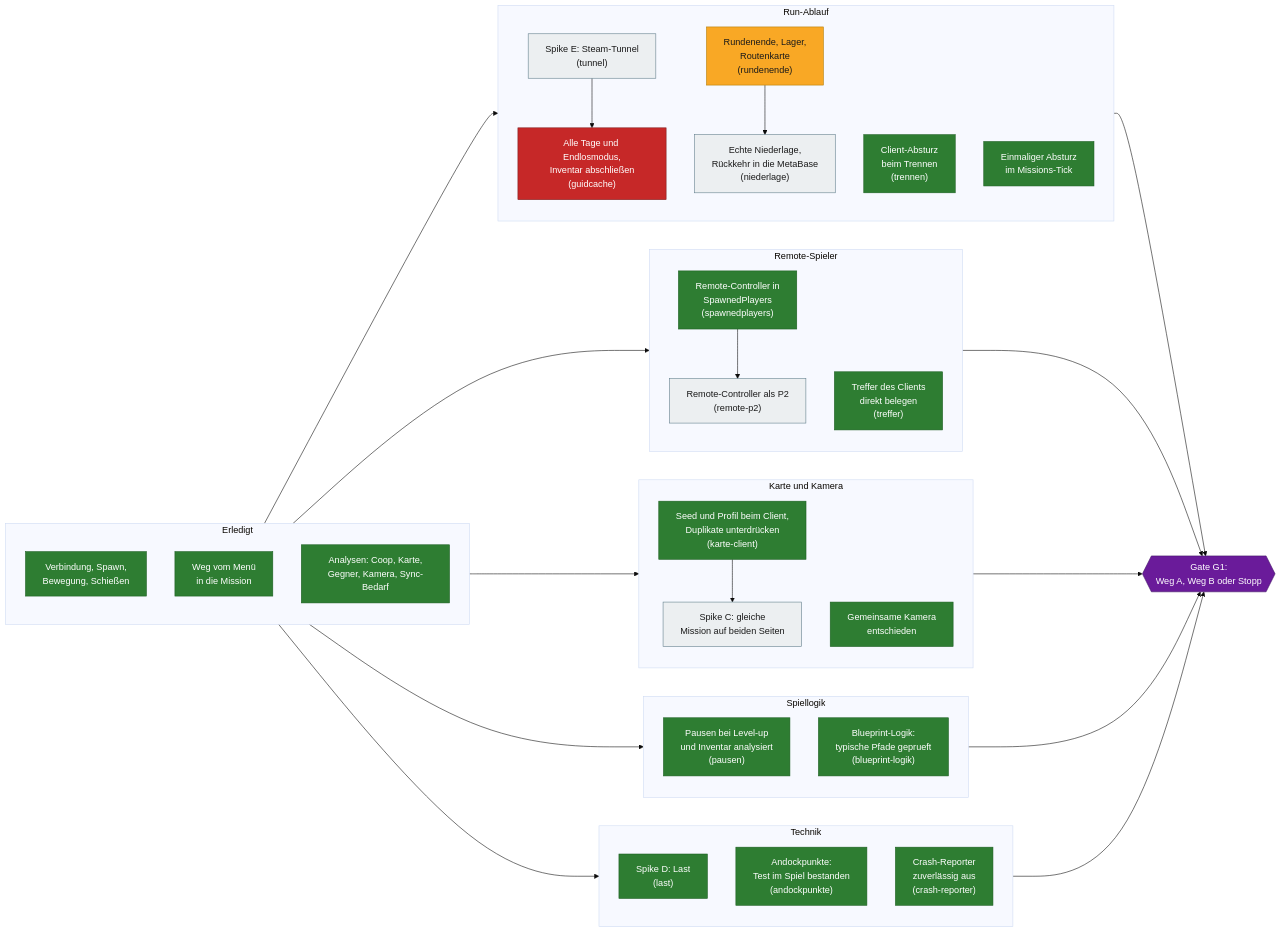
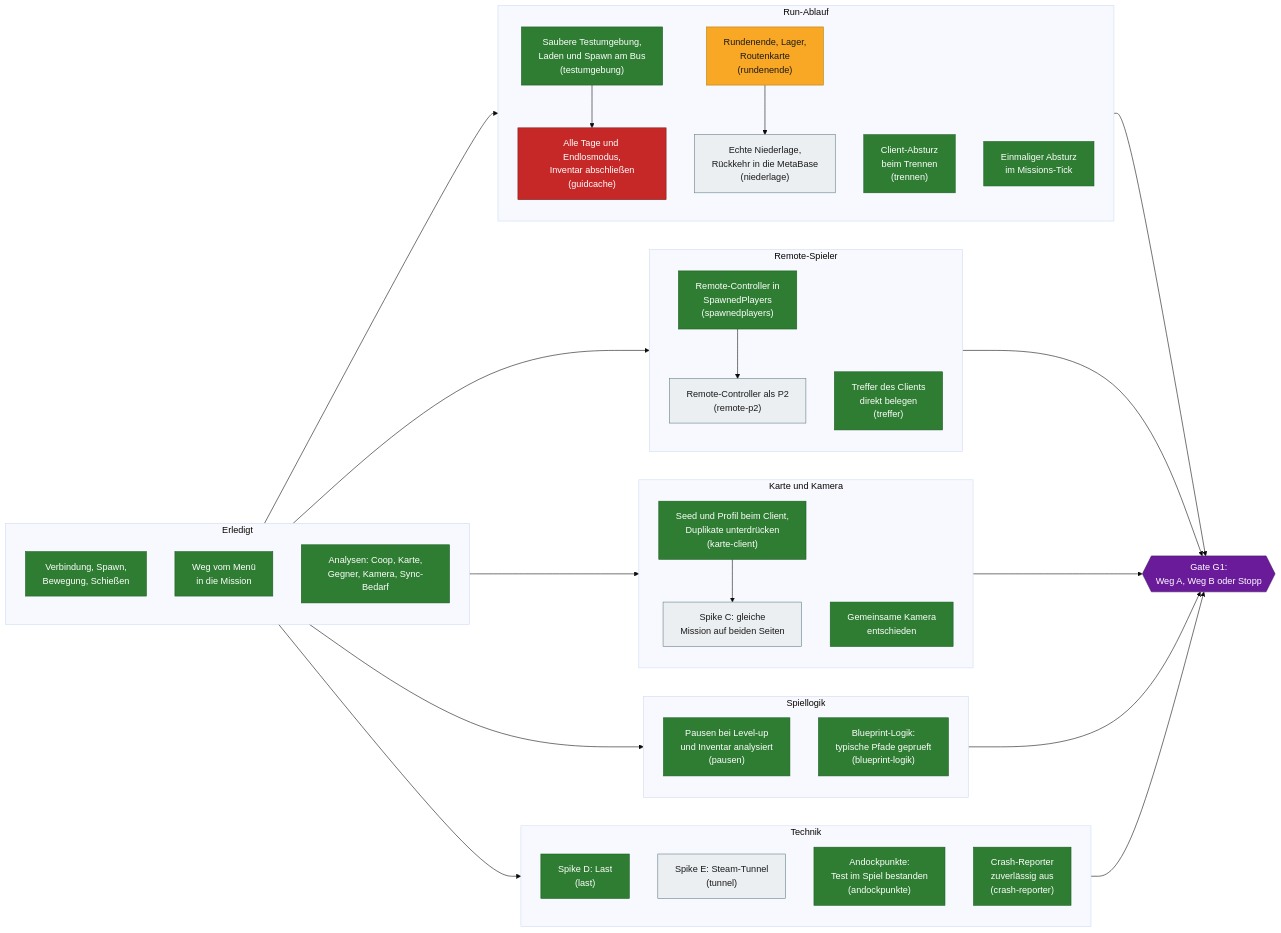
One commit to VitaminStack/Deadly-Days-Roadtrip-Multiplayer-Mod changed the second of 4 diagrams in docs/ROADMAP.md. Above: the diagram before and after it, drawn with Mermaid (base theme). The commit also changed other lines of this file and 18 other files, not shown here.

First line of the commit message:
testumgebung: Tag 1 bis 4 laden sauber, Pause und Busplatz behoben, Prüfskript und Routenlauf (#61)

````diff
--- a/docs/ROADMAP.md
+++ b/docs/ROADMAP.md
@@ -74,66 +75,66 @@
 ```mermaid
 flowchart LR
     subgraph BASIS["Erledigt"]
         A1["Verbindung, Spawn,<br/>Bewegung, Schießen"]:::done
         A2["Weg vom Menü<br/>in die Mission"]:::done
         A3["Analysen: Coop, Karte,<br/>Gegner, Kamera, Sync-Bedarf"]:::done
     end
 
     subgraph RUN["Run-Ablauf"]
-        TU["Saubere Testumgebung,<br/>Laden und Spawn am Bus<br/>(testumgebung)"]:::blocker
+        TE["Saubere Testumgebung,<br/>Laden und Spawn am Bus<br/>(testumgebung)"]:::done
         T3["Alle Tage und Endlosmodus,<br/>Inventar abschließen<br/>(guidcache)"]:::blocker
-        TU --> T3
+        TE --> T3
         RE["Rundenende, Lager,<br/>Routenkarte<br/>(rundenende)"]:::wip
         NI["Echte Niederlage,<br/>Rückkehr in die MetaBase<br/>(niederlage)"]:::open
         TR["Client-Absturz<br/>beim Trennen<br/>(trennen)"]:::done
         MT["Einmaliger Absturz<br/>im Missions-Tick"]:::done
         RE --> NI
     end
 
     subgraph SPIELER["Remote-Spieler"]
         SP["Remote-Controller in<br/>SpawnedPlayers<br/>(spawnedplayers)"]:::done
         RP["Remote-Controller als P2<br/>(remote-p2)"]:::open
         TF["Treffer des Clients<br/>direkt belegen<br/>(treffer)"]:::done
         SP --> RP
     end
 
     subgraph WELT["Karte und Kamera"]
         KC["Seed und Profil beim Client,<br/>Duplikate unterdrücken<br/>(karte-client)"]:::done
         SC["Spike C: gleiche<br/>Mission auf beiden Seiten"]:::open
         KE["Gemeinsame Kamera<br/>entschieden"]:::done
         KC --> SC
     end
 
     subgraph LOGIK["Spiellogik"]
         PA["Pausen bei Level-up<br/>und Inventar analysiert<br/>(pausen)"]:::done
         BP["Blueprint-Logik:<br/>typische Pfade geprueft<br/>(blueprint-logik)"]:::done
     end
 
     subgraph TECHNIK["Technik"]
         LA["Spike D: Last<br/>(last)"]:::done
         TU["Spike E: Steam-Tunnel<br/>(tunnel)"]:::open
         AP["Andockpunkte:<br/>Test im Spiel bestanden<br/>(andockpunkte)"]:::done
         CR["Crash-Reporter<br/>zuverlässig aus<br/>(crash-reporter)"]:::done
     end
 
     BASIS --> RUN
     BASIS --> SPIELER
     BASIS --> WELT
     BASIS --> LOGIK
     BASIS --> TECHNIK
 
     RUN --> G1
     SPIELER --> G1
     WELT --> G1
     LOGIK --> G1
     TECHNIK --> G1
 
     G1{{"Gate G1:<br/>Weg A, Weg B oder Stopp"}}:::gate
 
     classDef done fill:#2e7d32,stroke:#1b5e20,color:#ffffff
     classDef wip fill:#f9a825,stroke:#b27a00,color:#1a1a1a
     classDef open fill:#eceff1,stroke:#607d8b,color:#1a1a1a
     classDef blocker fill:#c62828,stroke:#7f1d1d,color:#ffffff
     classDef decision fill:#ef6c00,stroke:#a34800,color:#ffffff
     classDef gate fill:#6a1b9a,stroke:#3e1163,color:#ffffff
 ```
````
